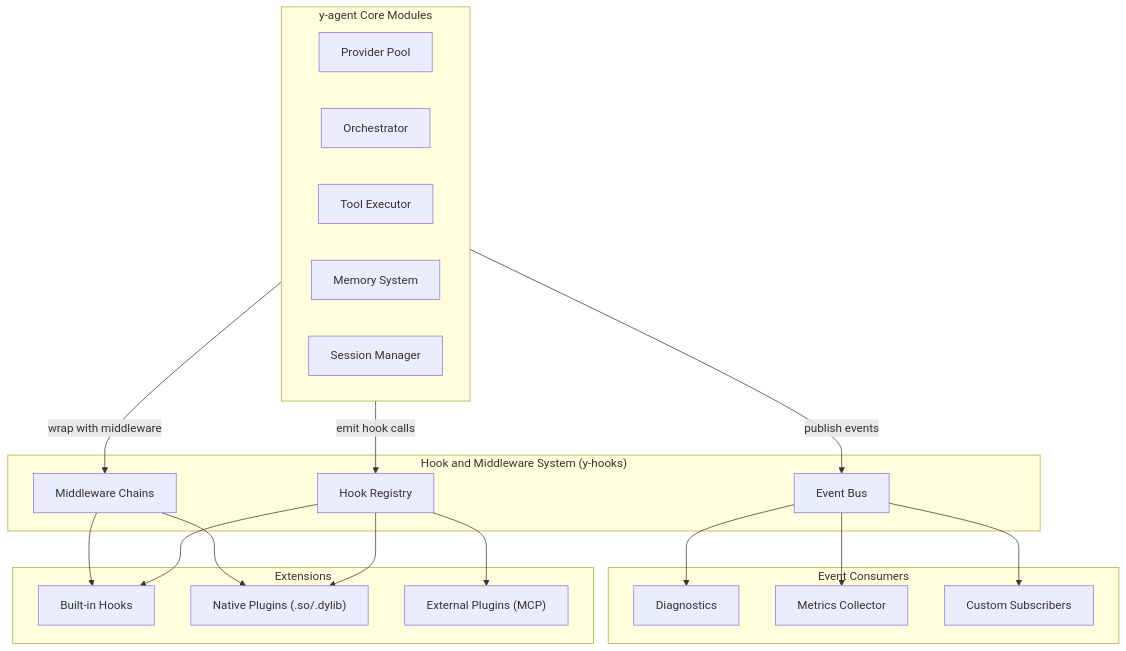
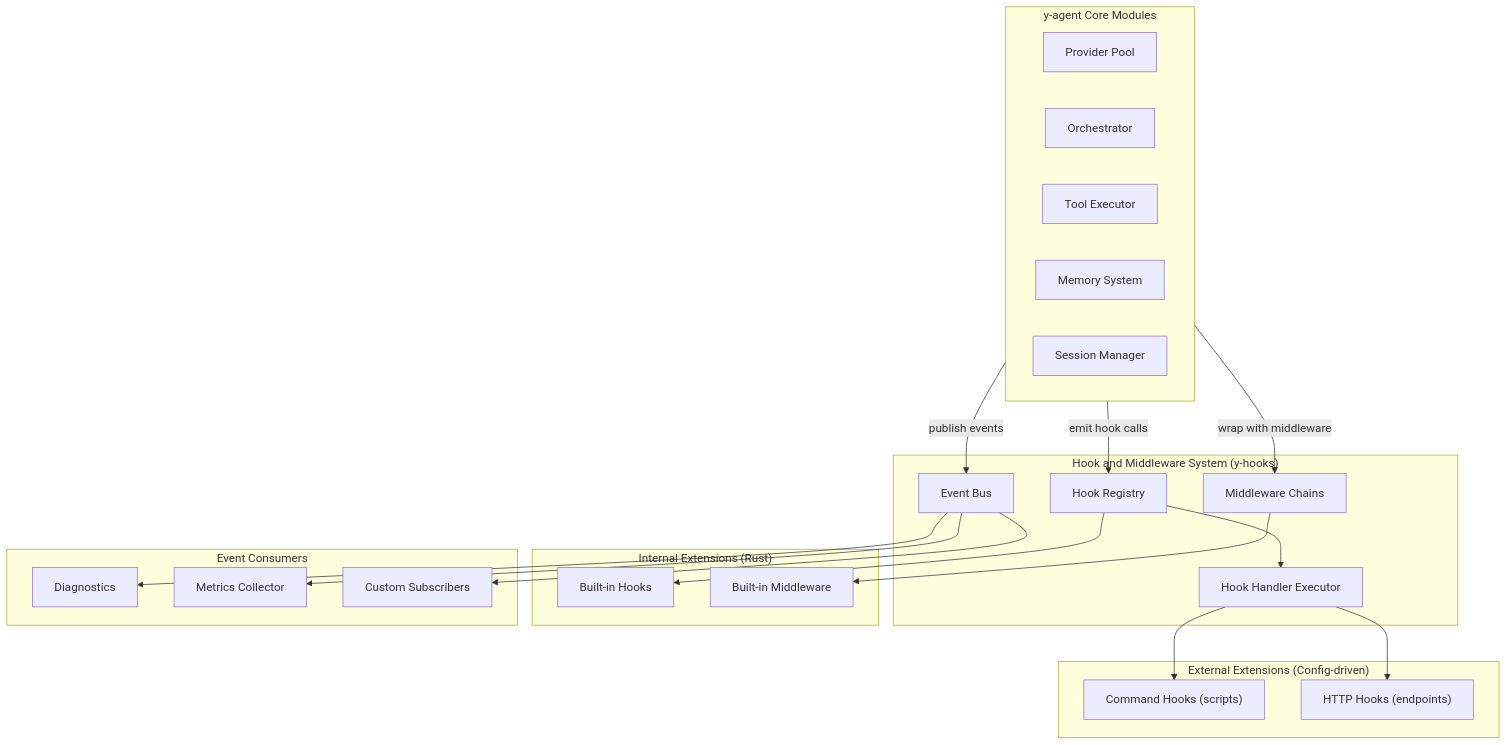
One commit to gorgiaxx/y-agent changed the first of 6 diagrams in docs/design/hooks-plugin-design.md. Above: the diagram before and after it, drawn with Mermaid. The commit also changed other lines of this file and 457 other files, not shown here.

````diff
--- a/docs/design/hooks-plugin-design.md
+++ b/docs/design/hooks-plugin-design.md
@@ -78,43 +78,48 @@
 ```mermaid
 flowchart TB
     subgraph Core["y-agent Core Modules"]
         Provider["Provider Pool"]
         Orchestrator["Orchestrator"]
         Tools["Tool Executor"]
         Memory["Memory System"]
         Session["Session Manager"]
     end
 
     subgraph HookSystem["Hook and Middleware System (y-hooks)"]
         HookRegistry["Hook Registry"]
         MWChain["Middleware Chains"]
         EvBus["Event Bus"]
+        HandlerExec["Hook Handler Executor"]
     end
 
-    subgraph Extensions["Extensions"]
+    subgraph InternalExt["Internal Extensions (Rust)"]
         BuiltinHooks["Built-in Hooks"]
-        NativePlugins["Native Plugins (.so/.dylib)"]
-        ExtPlugins["External Plugins (MCP)"]
+        BuiltinMW["Built-in Middleware"]
+    end
+
+    subgraph ExternalExt["External Extensions (Config-driven)"]
+        CmdHooks["Command Hooks (scripts)"]
+        HttpHooks["HTTP Hooks (endpoints)"]
     end
 
     subgraph Consumers["Event Consumers"]
         Diagnostics["Diagnostics"]
         Metrics["Metrics Collector"]
         CustomSubs["Custom Subscribers"]
     end
 
     Core -->|"emit hook calls"| HookRegistry
     Core -->|"wrap with middleware"| MWChain
     Core -->|"publish events"| EvBus
 
     HookRegistry --> BuiltinHooks
-    HookRegistry --> NativePlugins
-    HookRegistry --> ExtPlugins
+    HookRegistry --> HandlerExec
+    HandlerExec --> CmdHooks
+    HandlerExec --> HttpHooks
 
-    MWChain --> BuiltinHooks
-    MWChain --> NativePlugins
+    MWChain --> BuiltinMW
 
     EvBus --> Diagnostics
     EvBus --> Metrics
     EvBus --> CustomSubs
 ```
````
